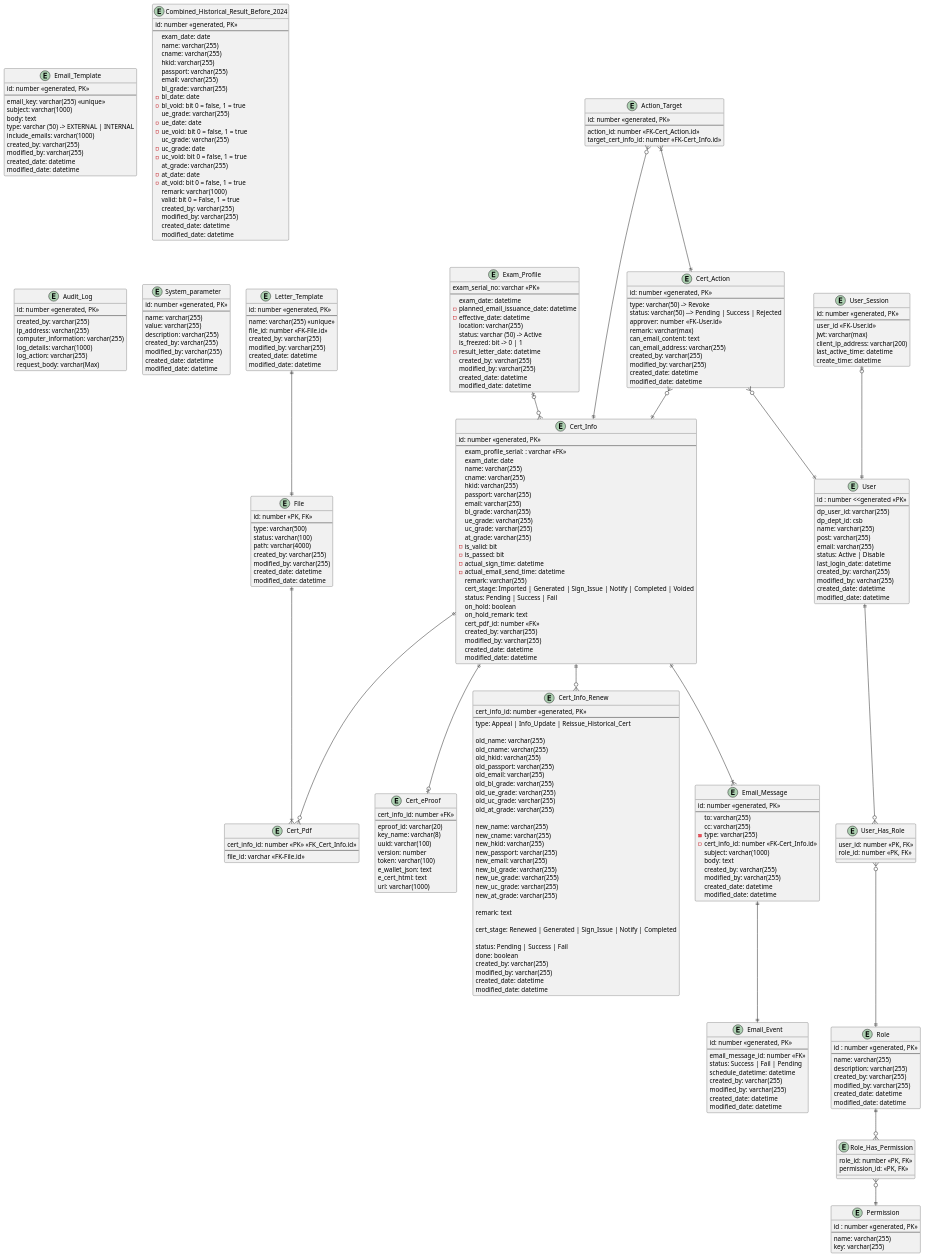
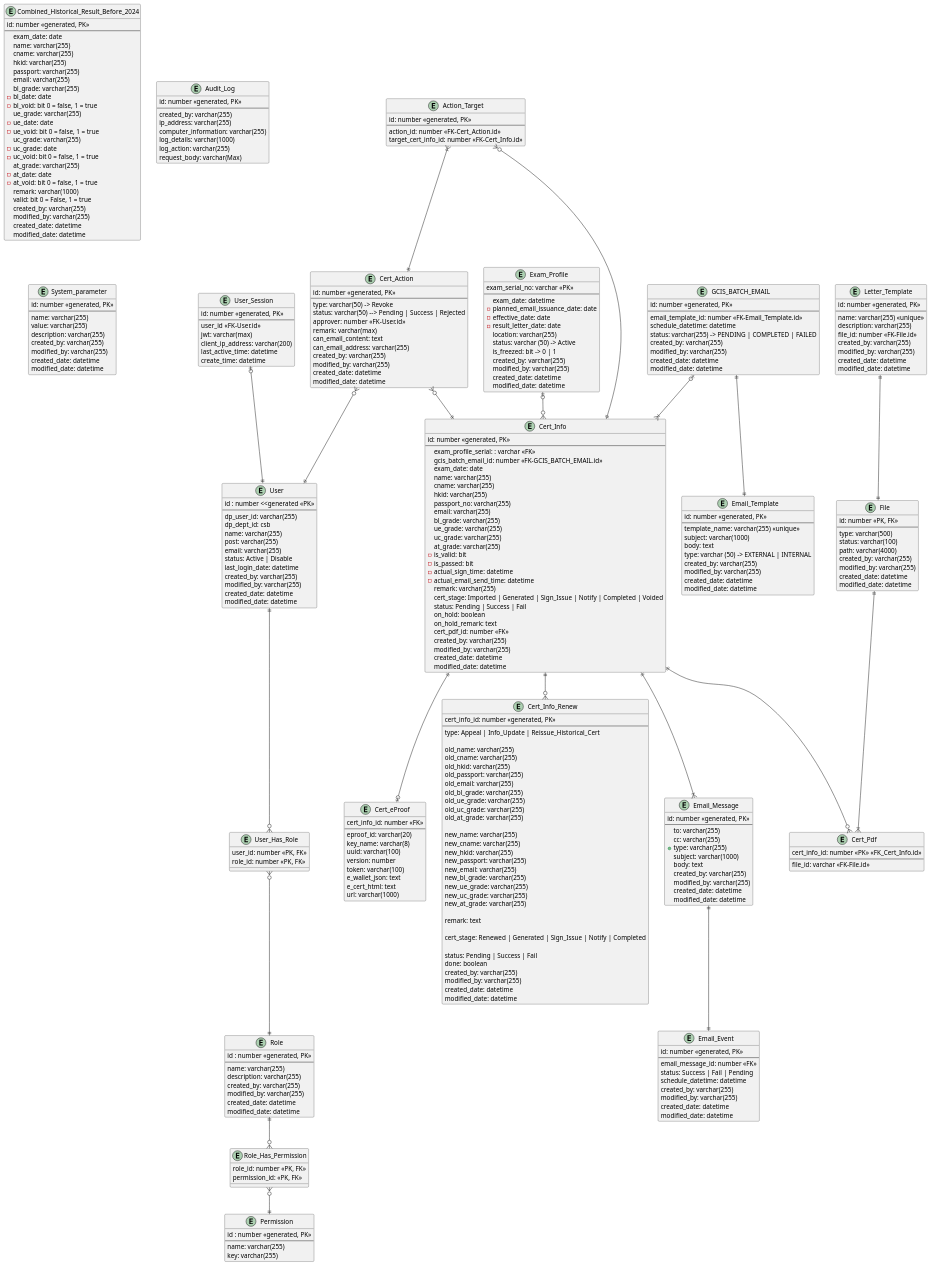
The diagram in er-diagram.puml (igsl-group/csb_eproof), drawn with PlantUML before and after one commit. The commit also changed 3 other files, not shown here.

```diff
--- a/er-diagram.puml
+++ b/er-diagram.puml
@@ -51,12 +51,12 @@
   exam_serial_no: varchar <<PK>>
   --
   exam_date: datetime
- - planned_email_issuance_date: datetime
- - effective_date: datetime
+ - planned_email_issuance_date: date
+ - effective_date: date
+ - result_letter_date: date
   location: varchar(255)
   status: varchar (50) -> Active
   is_freezed: bit -> 0 | 1
- - result_letter_date: datetime
   created_by: varchar(255)
   modified_by: varchar(255)
   created_date: datetime
@@ -66,21 +66,33 @@
 entity "Email_Template" as email_template {
   id: number <<generated, PK>>
   --
-  email_key: varchar(255) <<unique>>
+  template_name: varchar(255) <<unique>>
   subject: varchar(1000)
   body: text
   type: varchar (50) -> EXTERNAL | INTERNAL
-  include_emails: varchar(1000)
   created_by: varchar(255)
   modified_by: varchar(255)
   created_date: datetime
   modified_date: datetime
 }
 
+entity "GCIS_BATCH_EMAIL" as gcis_batch_email {
+    id: number <<generated, PK>>
+    --
+    email_template_id: number <<FK-Email_Template.id>>
+    schedule_datetime: datetime
+    status: varchar(255) -> PENDING | COMPLETED | FAILED
+    created_by: varchar(255)
+    modified_by: varchar(255)
+    created_date: datetime
+    modified_date: datetime
+}
+
 entity "Letter_Template" as letter_template {
   id: number <<generated, PK>>
   --
   name: varchar(255) <<unique>>
+  description: varchar(255)
   file_id: number <<FK-File.id>>
   created_by: varchar(255)
   modified_by: varchar(255)
@@ -123,11 +135,12 @@
     id: number <<generated, PK>>
     --
     exam_profile_serial: : varchar <<FK>>
+    gcis_batch_email_id: number <<FK-GCIS_BATCH_EMAIL.id>>
     exam_date: date
     name: varchar(255)
     cname: varchar(255)
     hkid: varchar(255)
-    passport: varchar(255)
+    passport_no: varchar(255)
     email: varchar(255)
     bl_grade: varchar(255)
     ue_grade: varchar(255)
@@ -242,8 +255,7 @@
   --
   to: varchar(255)
   cc: varchar(255)
-  - type: varchar(255)
-  - cert_info_id: number <<FK-Cert_Info.id>>
+  + type: varchar(255)
   subject: varchar(1000)
   body: text
   created_by: varchar(255)
@@ -321,6 +333,9 @@
 cert_info ||--o{ cert_pdf
 file ||--|{ cert_pdf
 
+gcis_batch_email ||--|| email_template
+gcis_batch_email |o--|{ cert_info
+
 letter_template ||--|| file
 
 
```
